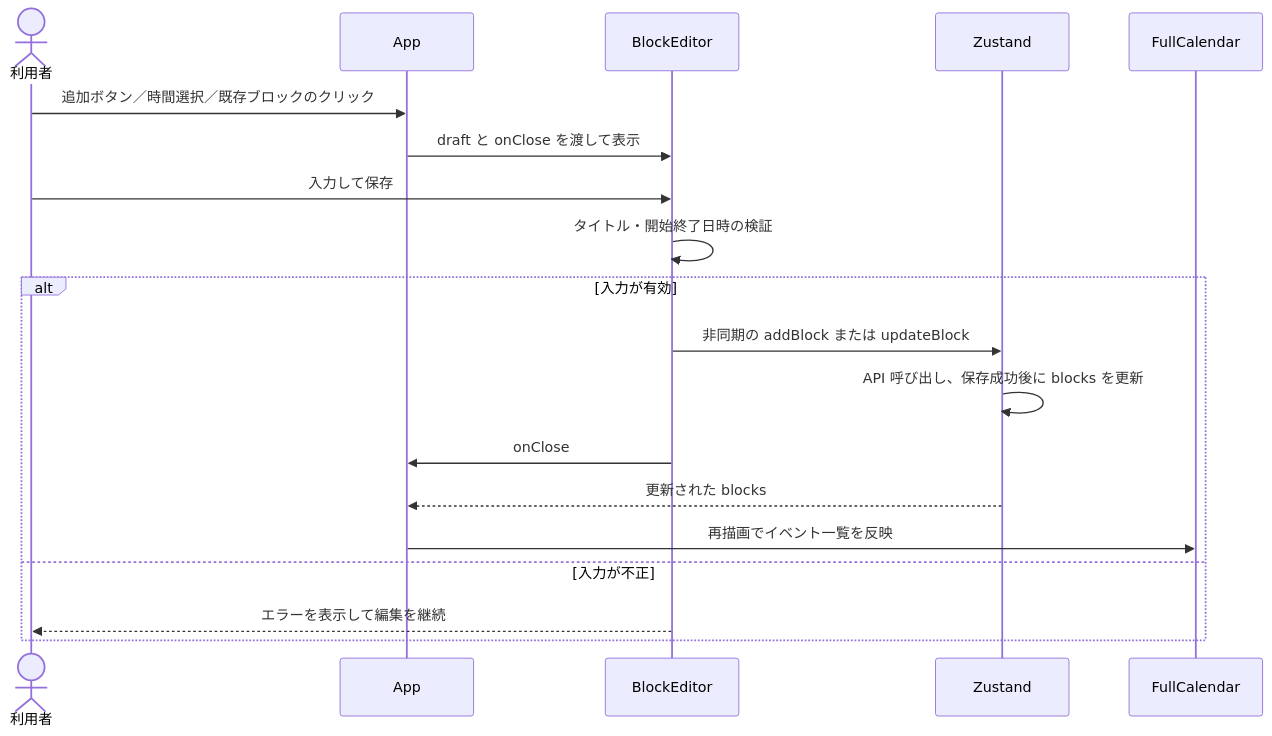
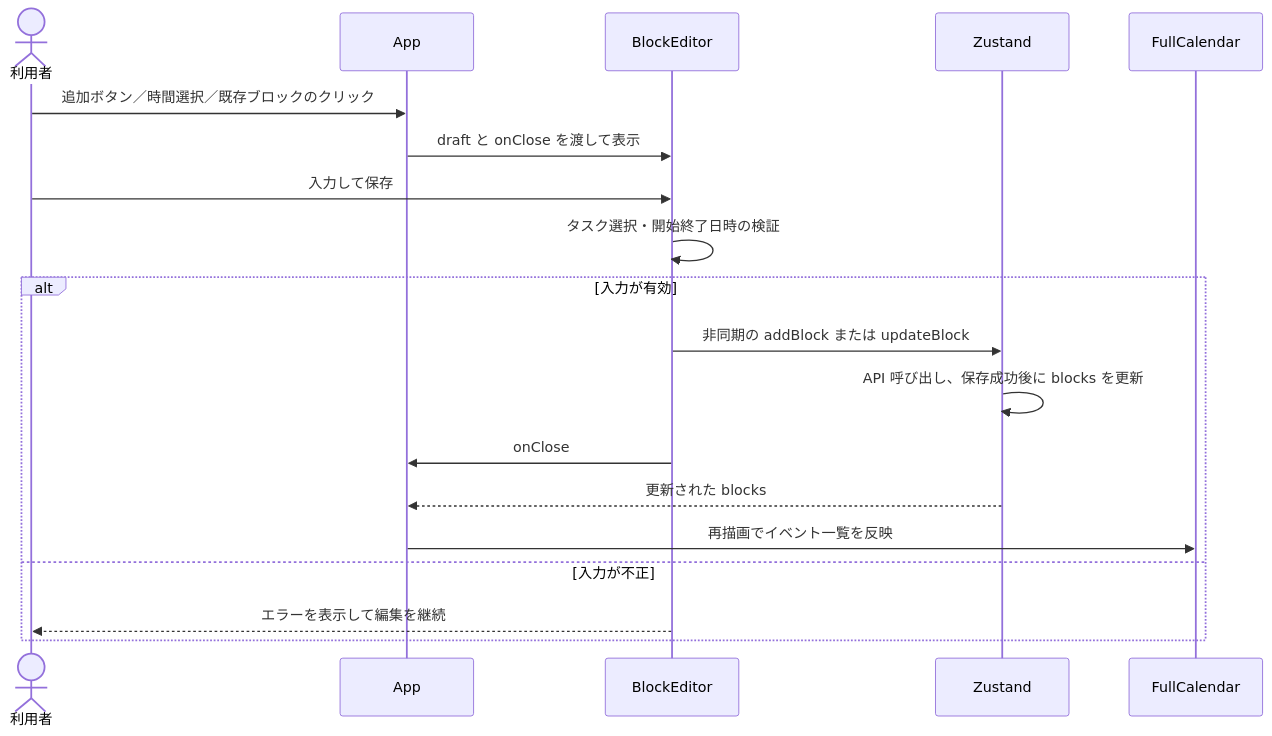
One commit to DSawada3/devscope changed the third of 3 diagrams in docs/architecture/frontend.md. Above: the diagram before and after it, drawn with Mermaid. The commit also changed other lines of this file and 26 other files, not shown here.

````diff
--- a/docs/architecture/frontend.md
+++ b/docs/architecture/frontend.md
@@ -92,21 +117,21 @@
 ```mermaid
 sequenceDiagram
   actor User as 利用者
   participant App as App
   participant Editor as BlockEditor
   participant Store as Zustand
   participant Calendar as FullCalendar
   User->>App: 追加ボタン／時間選択／既存ブロックのクリック
   App->>Editor: draft と onClose を渡して表示
   User->>Editor: 入力して保存
-  Editor->>Editor: タイトル・開始終了日時の検証
+  Editor->>Editor: タスク選択・開始終了日時の検証
   alt 入力が有効
     Editor->>Store: 非同期の addBlock または updateBlock
     Store->>Store: API 呼び出し、保存成功後に blocks を更新
     Editor->>App: onClose
     Store-->>App: 更新された blocks
     App->>Calendar: 再描画でイベント一覧を反映
   else 入力が不正
     Editor-->>User: エラーを表示して編集を継続
   end
 ```
````
